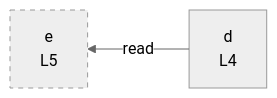
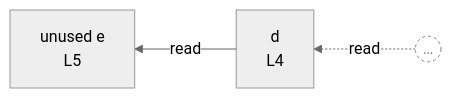
The diagram in integration/fixtures/const-chain-five/preview.pruned-e-c1.md (crescware/unsnarl), drawn with Mermaid (neutral theme) before and after one commit. The commit also changed 75 other files, not shown here.

First line of the commit message:
feat(prune): rework boundary hints; switch unused cue from dashed stroke to "unused " label prefix

````diff
--- a/integration/fixtures/const-chain-five/preview.pruned-e-c1.md
+++ b/integration/fixtures/const-chain-five/preview.pruned-e-c1.md
@@ -21,10 +21,12 @@
 ```mermaid
 %%{init: {"flowchart": {"defaultRenderer": "elk"}}}%%
 flowchart RL
   %% pruning: roots=[e(1)] ancestors=1 descendants=1
   n_scope_0_d_45["d<br/>L4"]
-  n_scope_0_e_58["e<br/>L5"]
+  n_scope_0_e_58["unused e<br/>L5"]
   n_scope_0_d_45 -->|read| n_scope_0_e_58
-  classDef unused stroke-dasharray: 5 5;
-  class n_scope_0_e_58 unused;
+  boundary_stub_1((…))
+  boundary_stub_1 -.->|read| n_scope_0_d_45
+  classDef boundaryStub fill:transparent,stroke:#888,stroke-dasharray:3 3,color:#888;
+  class boundary_stub_1 boundaryStub;
 ```
````
